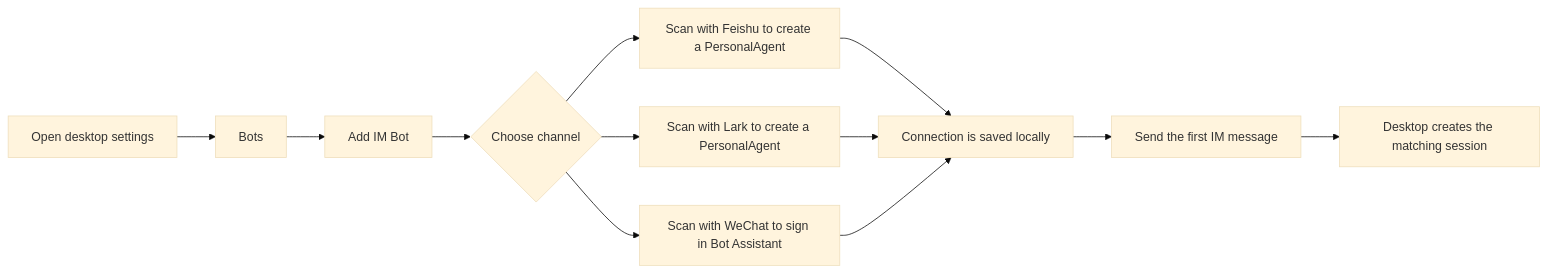
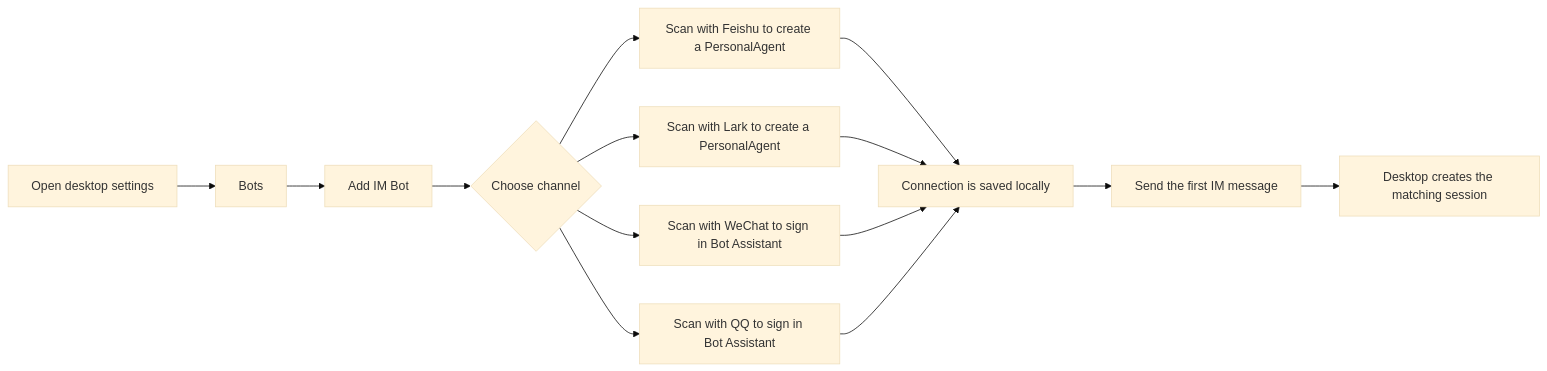
One commit to zuohuadong/volt-gui changed the first of 3 diagrams in docs/BOT_GUIDE.md. Above: the diagram before and after it, drawn with Mermaid (base theme). The commit also changed other lines of this file and 1 other file, not shown here.

Commit message:
docs: add QQ Bot to bot guide (fixes #5540)

````diff
--- a/docs/BOT_GUIDE.md
+++ b/docs/BOT_GUIDE.md
@@ -45,14 +45,16 @@
 ```mermaid
 flowchart LR
   A["Open desktop settings"] --> B["Bots"]
   B --> C["Add IM Bot"]
   C --> D{"Choose channel"}
   D --> E["Scan with Feishu to create a PersonalAgent"]
   D --> F["Scan with Lark to create a PersonalAgent"]
   D --> G["Scan with WeChat to sign in Bot Assistant"]
-  E --> H["Connection is saved locally"]
-  F --> H
-  G --> H
-  H --> I["Send the first IM message"]
-  I --> J["Desktop creates the matching session"]
+  D --> H["Scan with QQ to sign in Bot Assistant"]
+  E --> I["Connection is saved locally"]
+  F --> I
+  G --> I
+  H --> I
+  I --> J["Send the first IM message"]
+  J --> K["Desktop creates the matching session"]
 ```
````
